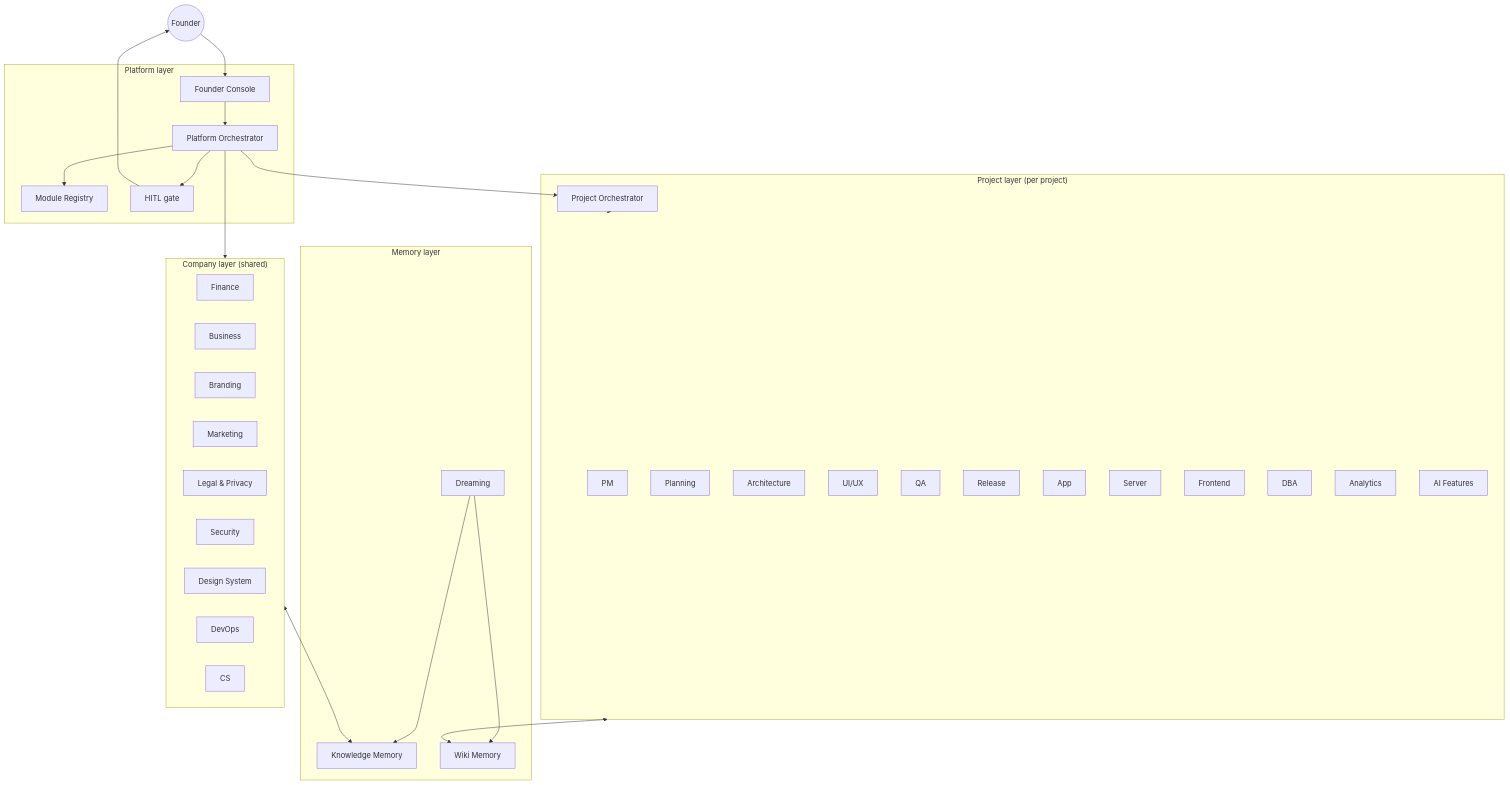
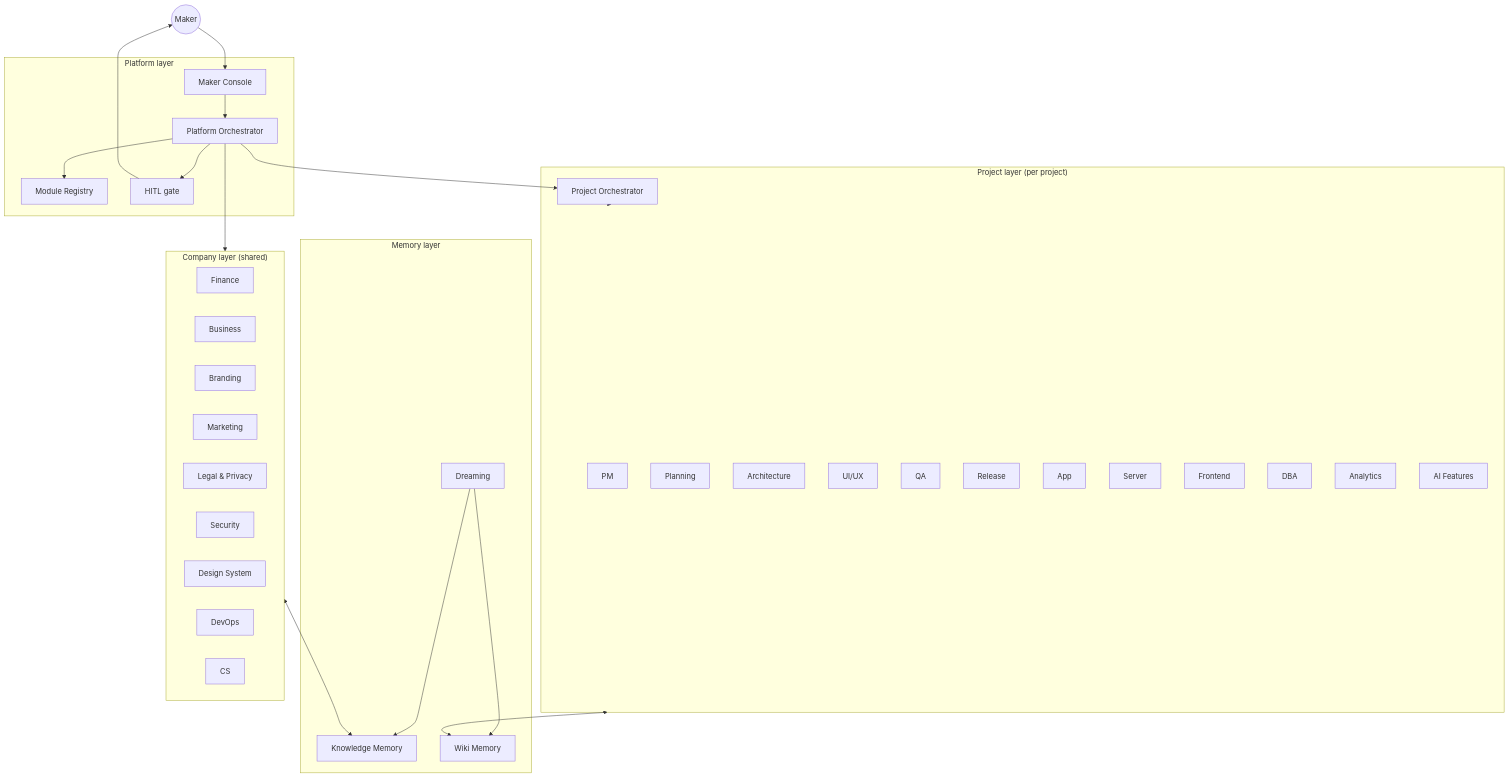
One commit to ysjee141/flywheel changed the second of 13 diagrams in plan-draft.en.md. Above: the diagram before and after it, drawn with Mermaid. The commit also changed other lines of this file and 1 other file, not shown here.

First line of the commit message:
Rename founder role to Maker in plan draft

````diff
--- a/plan-draft.en.md
+++ b/plan-draft.en.md
@@ -105,34 +105,34 @@
 ```mermaid
 flowchart TB
-  F((Founder))
+  F((Maker))
   subgraph PL["Platform layer"]
     PO[Platform Orchestrator]
     REG[Module Registry]
     HITL[HITL gate]
-    CON[Founder Console]
+    CON[Maker Console]
   end
   subgraph CO["Company layer (shared)"]
     C1[Finance] & C2[Business] & C3[Branding] & C4[Marketing] & C9[Legal & Privacy]
     C5[Security] & C6[Design System] & C7[DevOps] & C8[CS]
   end
   subgraph PJ["Project layer (per project)"]
     JO[Project Orchestrator]
     P1[PM] & P2[Planning] & P3[Architecture] & P4[UI/UX] & P10[QA] & P11[Release]
     P5[App] & P6[Server] & P7[Frontend] & P8[DBA] & P9[Analytics] & P12[AI Features]
   end
   subgraph ME["Memory layer"]
     M1[Knowledge Memory]
     M2[Wiki Memory]
     M3[Dreaming]
   end
   F --> CON --> PO
   PO --> REG
   PO --> CO
   PO --> JO
   JO --> PJ
   CO <--> M1
   PJ <--> M2
   M3 --> M1
   M3 --> M2
   PO --> HITL --> F
 ```
````
